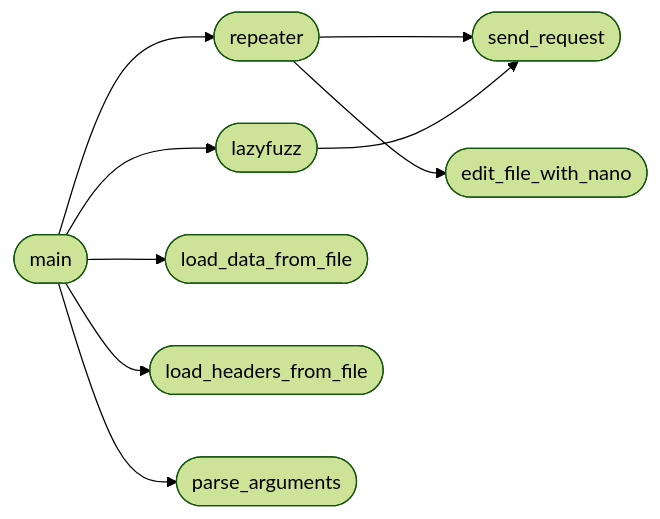
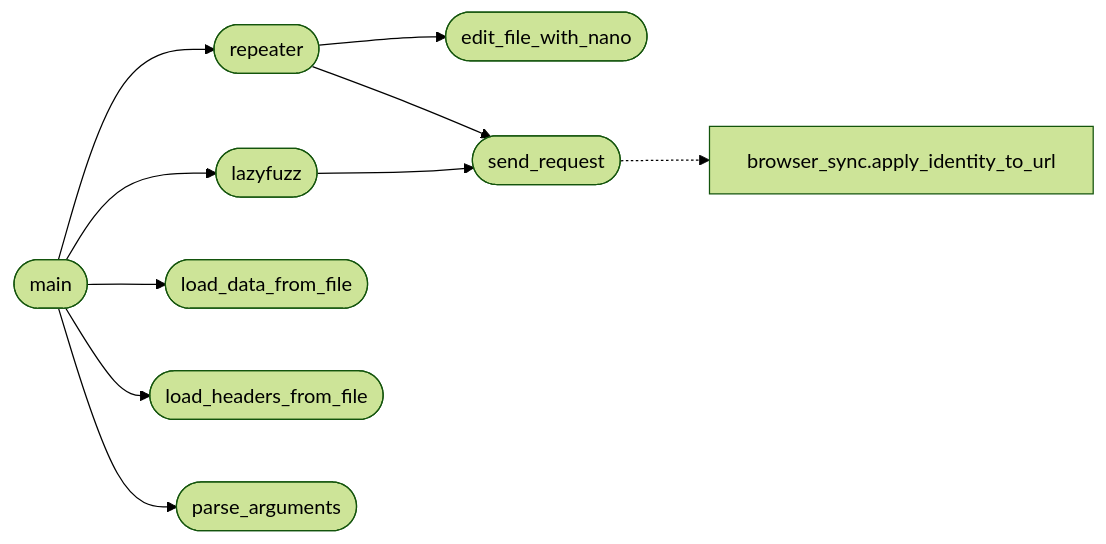
Before and after one commit to grisuno/LazyOwn: the second of 2 diagrams in readmenator-apidocs/modules/modules.lazyown_bprfuzzer.py.md, drawn with Mermaid (forest theme). The commit also changed other lines of this file and 508 other files, not shown here.

````diff
--- a/readmenator-apidocs/modules/modules.lazyown_bprfuzzer.py.md
+++ b/readmenator-apidocs/modules/modules.lazyown_bprfuzzer.py.md
@@ -41,19 +41,21 @@
 ```mermaid
 flowchart LR
     n_modules_lazyown_bprfuzzer_py__repeater(["repeater"])
     n_modules_lazyown_bprfuzzer_py__edit_file_with_nano(["edit_file_with_nano"])
     n_modules_lazyown_bprfuzzer_py__send_request(["send_request"])
     n_modules_lazyown_bprfuzzer_py__lazyfuzz(["lazyfuzz"])
     n_modules_lazyown_bprfuzzer_py__main(["main"])
     n_modules_lazyown_bprfuzzer_py__load_data_from_file(["load_data_from_file"])
     n_modules_lazyown_bprfuzzer_py__load_headers_from_file(["load_headers_from_file"])
     n_modules_lazyown_bprfuzzer_py__parse_arguments(["parse_arguments"])
+    n_modules_browser_sync_py__apply_identity_to_url["browser_sync.apply_identity_to_url"]
     n_modules_lazyown_bprfuzzer_py__repeater --> n_modules_lazyown_bprfuzzer_py__edit_file_with_nano
     n_modules_lazyown_bprfuzzer_py__repeater --> n_modules_lazyown_bprfuzzer_py__send_request
     n_modules_lazyown_bprfuzzer_py__lazyfuzz --> n_modules_lazyown_bprfuzzer_py__send_request
     n_modules_lazyown_bprfuzzer_py__main --> n_modules_lazyown_bprfuzzer_py__lazyfuzz
     n_modules_lazyown_bprfuzzer_py__main --> n_modules_lazyown_bprfuzzer_py__load_data_from_file
     n_modules_lazyown_bprfuzzer_py__main --> n_modules_lazyown_bprfuzzer_py__load_headers_from_file
     n_modules_lazyown_bprfuzzer_py__main --> n_modules_lazyown_bprfuzzer_py__parse_arguments
     n_modules_lazyown_bprfuzzer_py__main --> n_modules_lazyown_bprfuzzer_py__repeater
+    n_modules_lazyown_bprfuzzer_py__send_request -.-> n_modules_browser_sync_py__apply_identity_to_url
 ```
````
